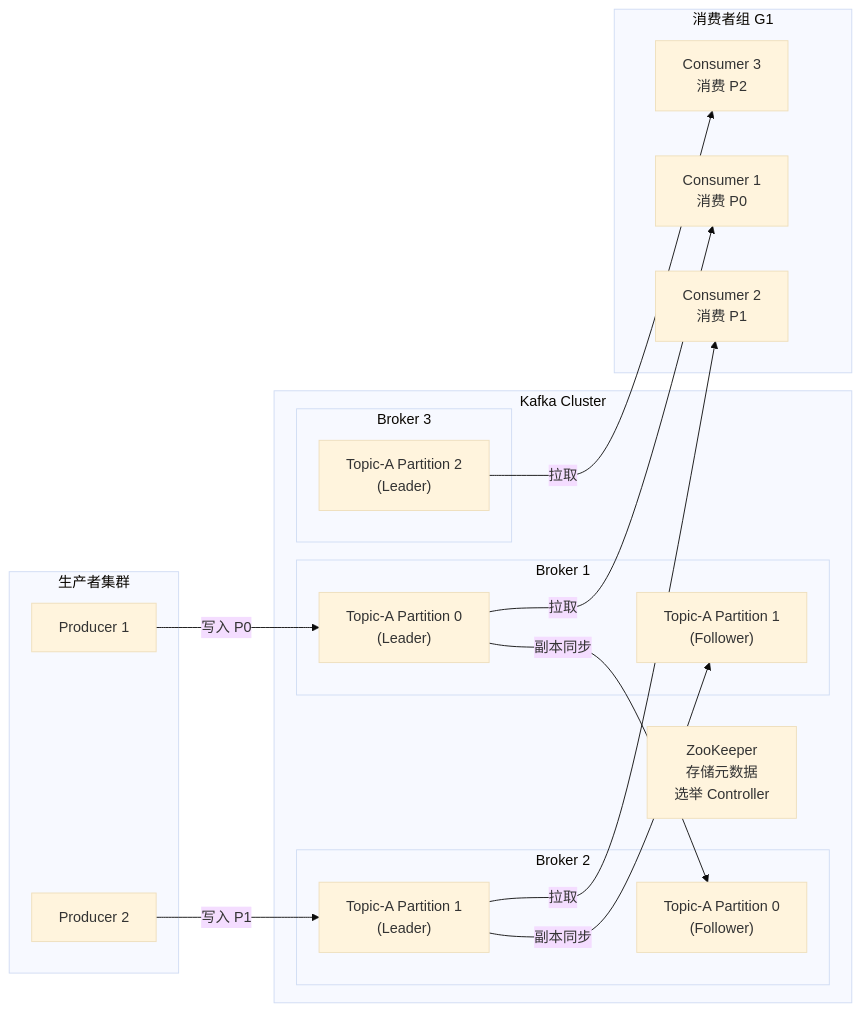
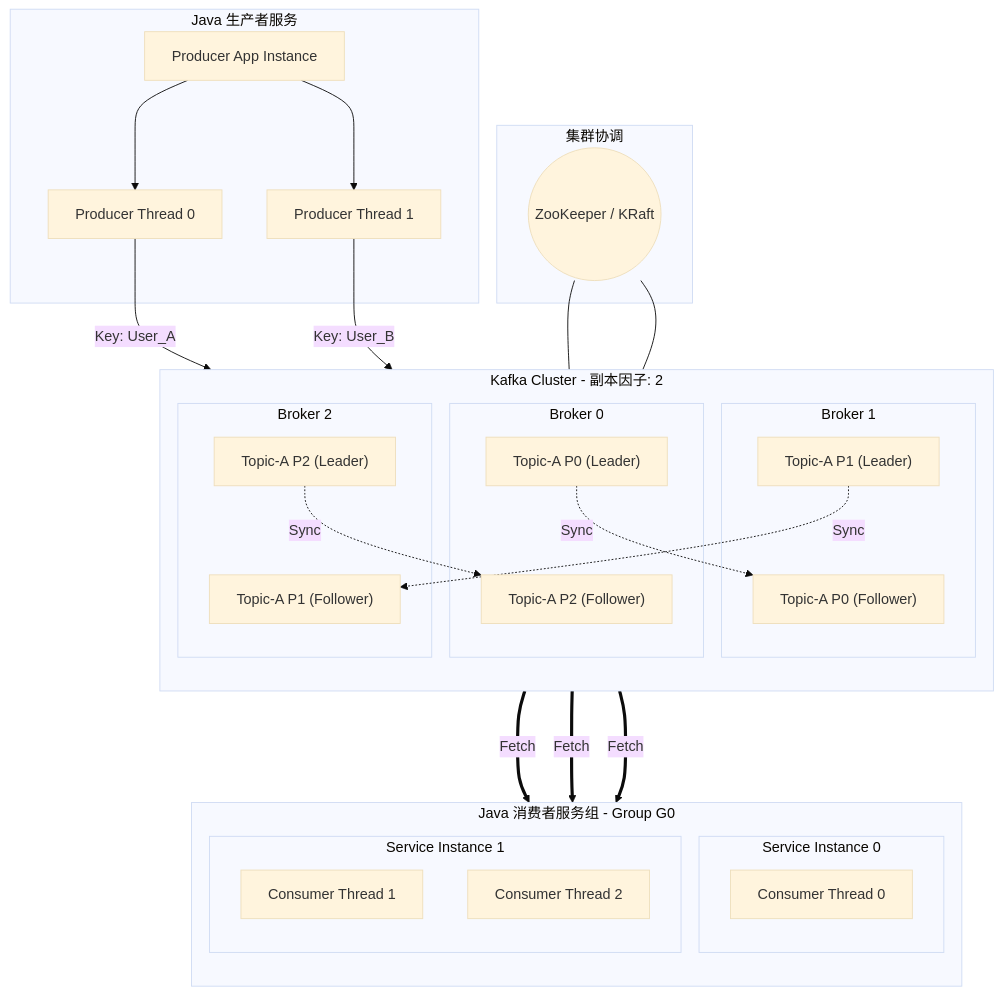
The diagram in docs/06-kafka/02-整体架构.md (b1tzer/b1tzer.github.io), drawn with Mermaid (base theme) before and after one commit. The commit also changed 6 other files, not shown here.

Commit message:
补充kafka架构图

````diff
--- a/docs/06-kafka/02-整体架构.md
+++ b/docs/06-kafka/02-整体架构.md
@@ -11,36 +11,58 @@
 ```mermaid
-flowchart LR
-    subgraph 生产者集群
-        P1[Producer 1]
-        P2[Producer 2]
+flowchart TD
+    subgraph Client_Apps [Java 生产者服务]
+        P_App[Producer App Instance]
+        P_App --> P0[Producer Thread 0]
+        P_App --> P1[Producer Thread 1]
     end
 
-    subgraph Kafka Cluster
-        subgraph Broker 1
-            T1P0["Topic-A Partition 0\n(Leader)"]
-            T1P1["Topic-A Partition 1\n(Follower)"]
+    subgraph Kafka_Cluster [Kafka Cluster - 副本因子: 2]
+        direction TB
+        subgraph Broker_0 [Broker 0]
+            T1P0L["Topic-A P0 (Leader)"]
+            T1P2F["Topic-A P2 (Follower)"]
         end
-        subgraph Broker 2
-            T1P0R["Topic-A Partition 0\n(Follower)"]
-            T1P1L["Topic-A Partition 1\n(Leader)"]
+        subgraph Broker_1 [Broker 1]
+            T1P1L["Topic-A P1 (Leader)"]
+            T1P0F["Topic-A P0 (Follower)"]
         end
-        subgraph Broker 3
-            T1P2L["Topic-A Partition 2\n(Leader)"]
+        subgraph Broker_2 [Broker 2]
+            T1P2L["Topic-A P2 (Leader)"]
+            T1P1F["Topic-A P1 (Follower)"]
         end
-        ZK["ZooKeeper\n存储元数据\n选举 Controller"]
     end
 
-    subgraph 消费者组 G1
-        C1["Consumer 1\n消费 P0"]
-        C2["Consumer 2\n消费 P1"]
-        C3["Consumer 3\n消费 P2"]
+    subgraph External [集群协调]
+        ZK((ZooKeeper / KRaft))
     end
 
-    P1 -->|写入 P0| T1P0
-    P2 -->|写入 P1| T1P1L
-    T1P0 -->|副本同步| T1P0R
-    T1P1L -->|副本同步| T1P1
-    T1P0 -->|拉取| C1
-    T1P1L -->|拉取| C2
-    T1P2L -->|拉取| C3
+    subgraph Consumer_Group_G0 [Java 消费者服务组 - Group G0]
+        direction TB
+        subgraph Service_Instance_0 [Service Instance 0]
+            C0[Consumer Thread 0]
+        end
+        subgraph Service_Instance_1 [Service Instance 1]
+            C1[Consumer Thread 1]
+            C2[Consumer Thread 2]
+        end
+    end
+
+    %% 生产者流向
+    P0 -->|Key: User_A| T1P0L
+    P1 -->|Key: User_B| T1P1L
+
+    %% 副本同步 (ISR 机制)
+    T1P0L -.->|Sync| T1P0F
+    T1P1L -.->|Sync| T1P1F
+    T1P2L -.->|Sync| T1P2F
+
+    %% 消费者拉取 (Fetch)
+    T1P0L ===>|Fetch| C0
+    T1P1L ===>|Fetch| C1
+    T1P2L ===>|Fetch| C2
+
+    %% 协调关系
+    ZK --- Broker_0
+    ZK --- Broker_1
+    ZK --- Broker_2
 ```
````
